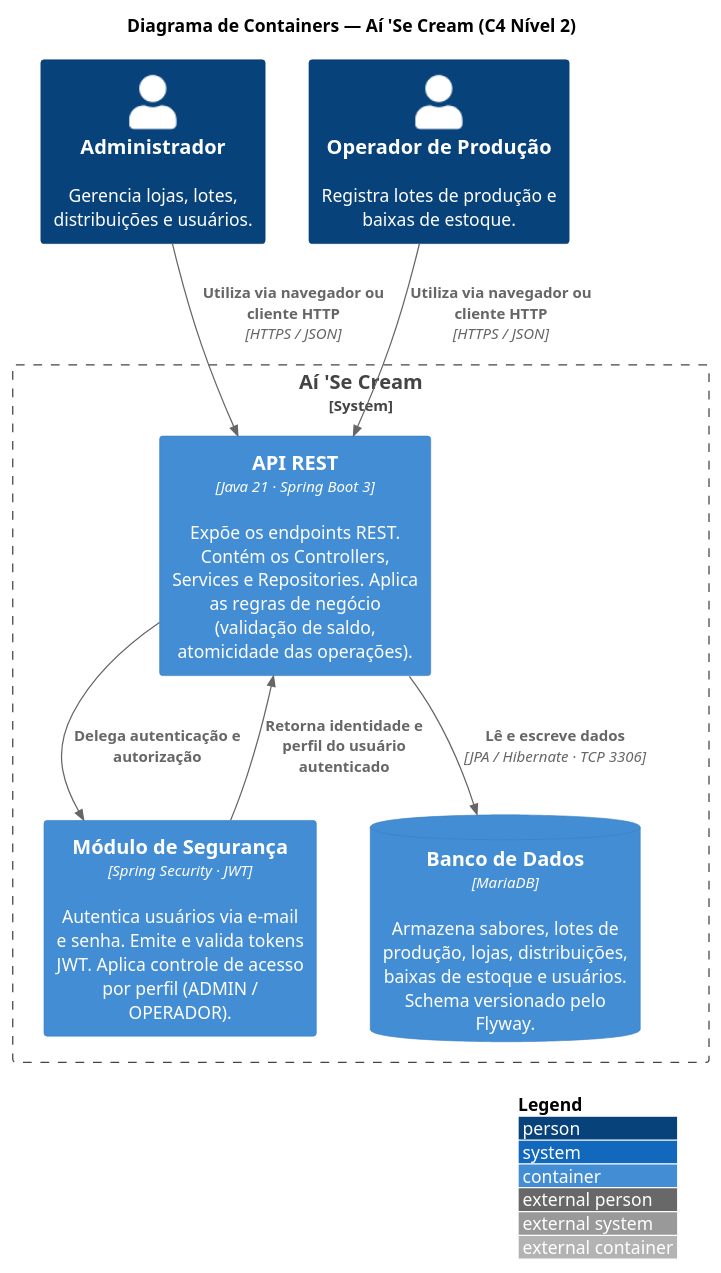
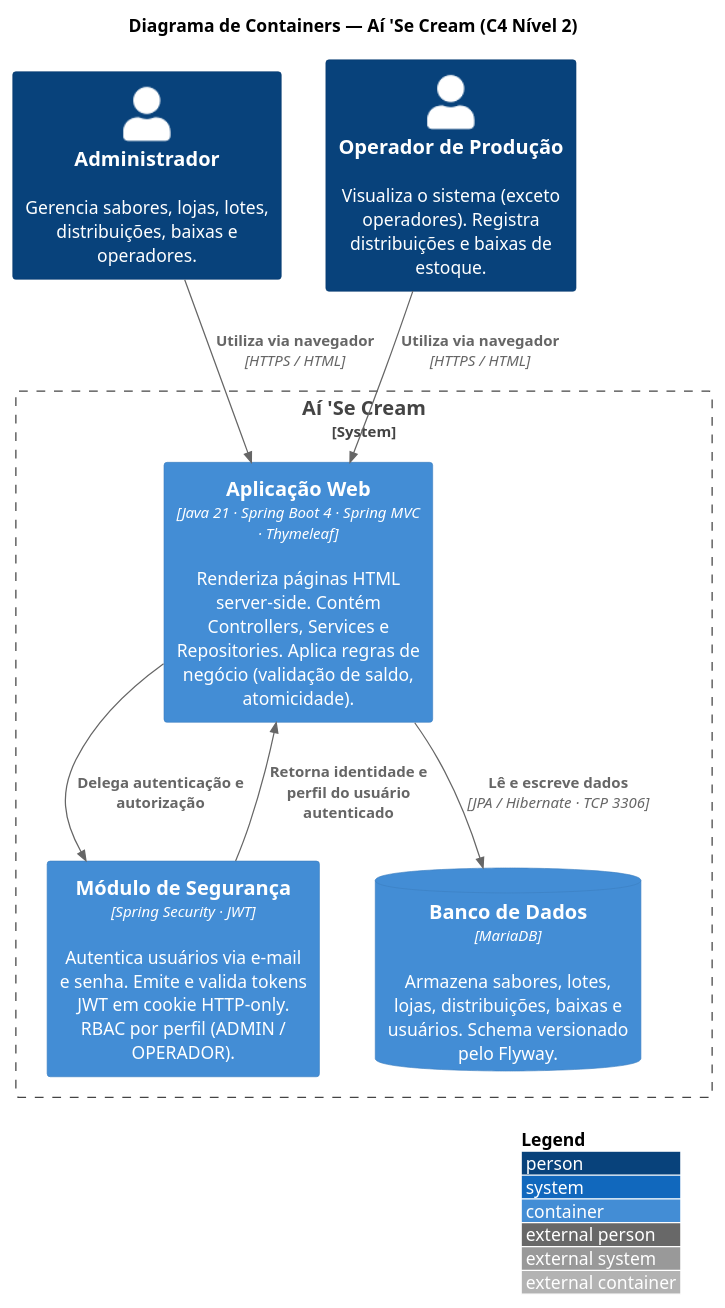
Before and after one commit to gabilbck/aisecream: the diagram in src/architecture/c4-nivel2-containers.puml, drawn with PlantUML. The commit also changed 17 other files, not shown here.

```diff
--- a/src/architecture/c4-nivel2-containers.puml
+++ b/src/architecture/c4-nivel2-containers.puml
@@ -1,29 +1,29 @@
 @startuml c4-containers
 !include https://raw.githubusercontent.com/plantuml-stdlib/C4-PlantUML/master/C4_Container.puml
 
 LAYOUT_WITH_LEGEND()
 
 title Diagrama de Containers — Aí 'Se Cream (C4 Nível 2)
 
-Person(admin, "Administrador", "Gerencia lojas, lotes, distribuições e usuários.")
-Person(operador, "Operador de Produção", "Registra lotes de produção e baixas de estoque.")
+Person(admin, "Administrador", "Gerencia sabores, lojas, lotes, distribuições, baixas e operadores.")
+Person(operador, "Operador de Produção", "Visualiza o sistema (exceto operadores). Registra distribuições e baixas de estoque.")
 
-System_Boundary(aisecrean, "Aí 'Se Cream") {
+System_Boundary(aisecream, "Aí 'Se Cream") {
 
-    Container(api, "API REST", "Java 21 · Spring Boot 3", "Expõe os endpoints REST. Contém os Controllers, Services e Repositories. Aplica as regras de negócio (validação de saldo, atomicidade das operações).")
+    Container(web, "Aplicação Web", "Java 21 · Spring Boot 4 · Spring MVC · Thymeleaf", "Renderiza páginas HTML server-side. Contém Controllers, Services e Repositories. Aplica regras de negócio (validação de saldo, atomicidade).")
 
-    Container(security, "Módulo de Segurança", "Spring Security · JWT", "Autentica usuários via e-mail e senha. Emite e valida tokens JWT. Aplica controle de acesso por perfil (ADMIN / OPERADOR).")
+    Container(security, "Módulo de Segurança", "Spring Security · JWT", "Autentica usuários via e-mail e senha. Emite e valida tokens JWT em cookie HTTP-only. RBAC por perfil (ADMIN / OPERADOR).")
 
-    ContainerDb(db, "Banco de Dados", "MariaDB", "Armazena sabores, lotes de produção, lojas, distribuições, baixas de estoque e usuários. Schema versionado pelo Flyway.")
+    ContainerDb(db, "Banco de Dados", "MariaDB", "Armazena sabores, lotes, lojas, distribuições, baixas e usuários. Schema versionado pelo Flyway.")
 
 }
 
-Rel(admin, api, "Utiliza via navegador ou cliente HTTP", "HTTPS / JSON")
-Rel(operador, api, "Utiliza via navegador ou cliente HTTP", "HTTPS / JSON")
+Rel(admin, web, "Utiliza via navegador", "HTTPS / HTML")
+Rel(operador, web, "Utiliza via navegador", "HTTPS / HTML")
 
-Rel(api, security, "Delega autenticação e autorização")
-Rel(security, api, "Retorna identidade e perfil do usuário autenticado")
+Rel(web, security, "Delega autenticação e autorização")
+Rel(security, web, "Retorna identidade e perfil do usuário autenticado")
 
-Rel(api, db, "Lê e escreve dados", "JPA / Hibernate · TCP 3306")
+Rel(web, db, "Lê e escreve dados", "JPA / Hibernate · TCP 3306")
 
 @enduml
```
